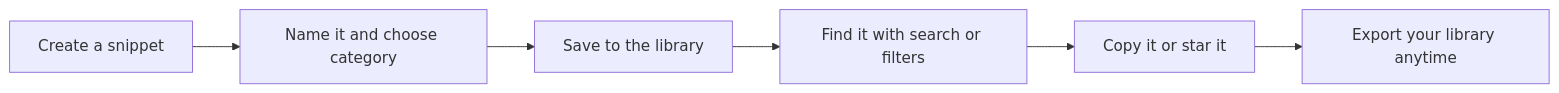
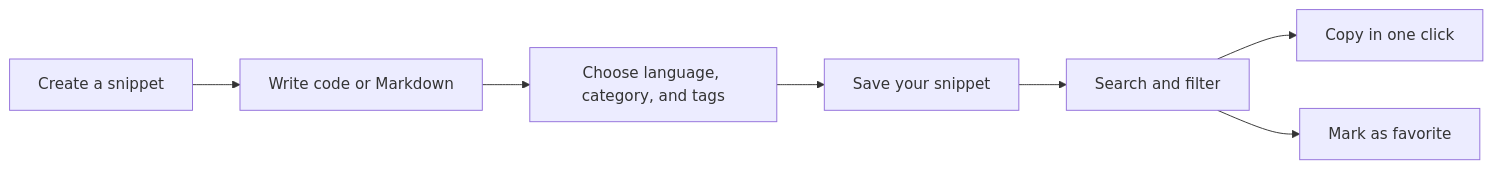
One commit to Mohita111/API2 changed the diagram in api2-documentation/plan_2026-11-02_f8890e/user-facing-docs/product-overview.md. Above: the diagram before and after it, drawn with Mermaid. The commit also changed other lines of this file and 11 other files, not shown here.

````diff
--- a/api2-documentation/plan_2026-11-02_f8890e/user-facing-docs/product-overview.md
+++ b/api2-documentation/plan_2026-11-02_f8890e/user-facing-docs/product-overview.md
@@ -31,8 +11,9 @@
 ```mermaid
 graph LR
-    A[Create a snippet] --> B[Name it and choose category]
-    B --> C[Save to the library]
-    C --> D[Find it with search or filters]
-    D --> E[Copy it or star it]
-    E --> F[Export your library anytime]
+    A[Create a snippet] --> B[Write code or Markdown]
+    B --> C["Choose language, category, and tags"]
+    C --> D[Save your snippet]
+    D --> E[Search and filter]
+    E --> F[Copy in one click]
+    E --> G[Mark as favorite]
 ```
````
